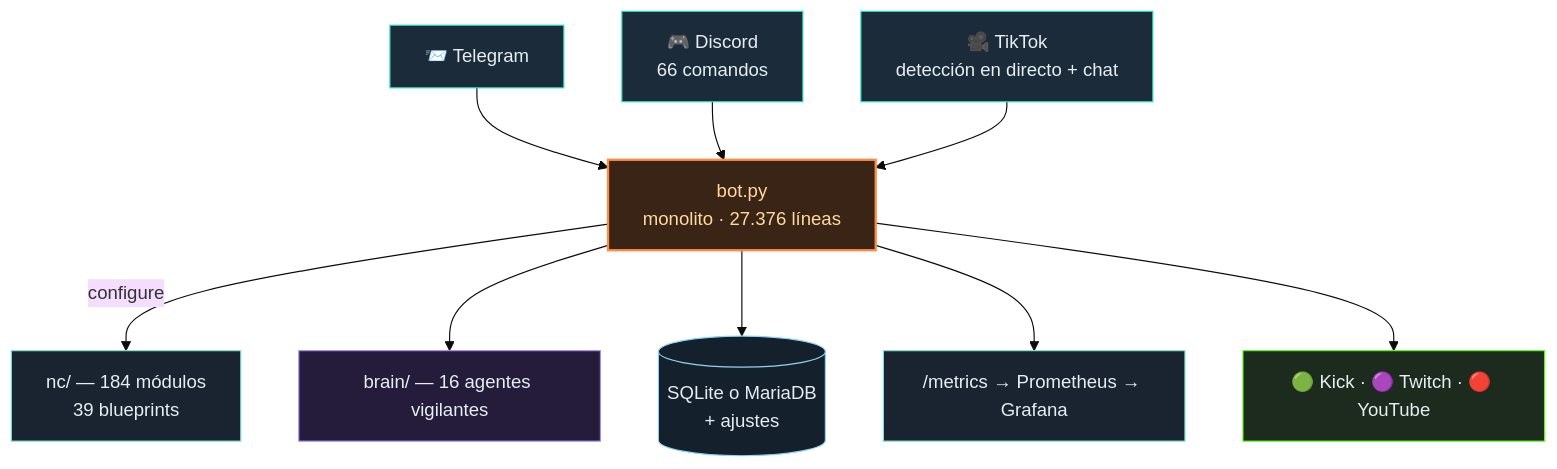
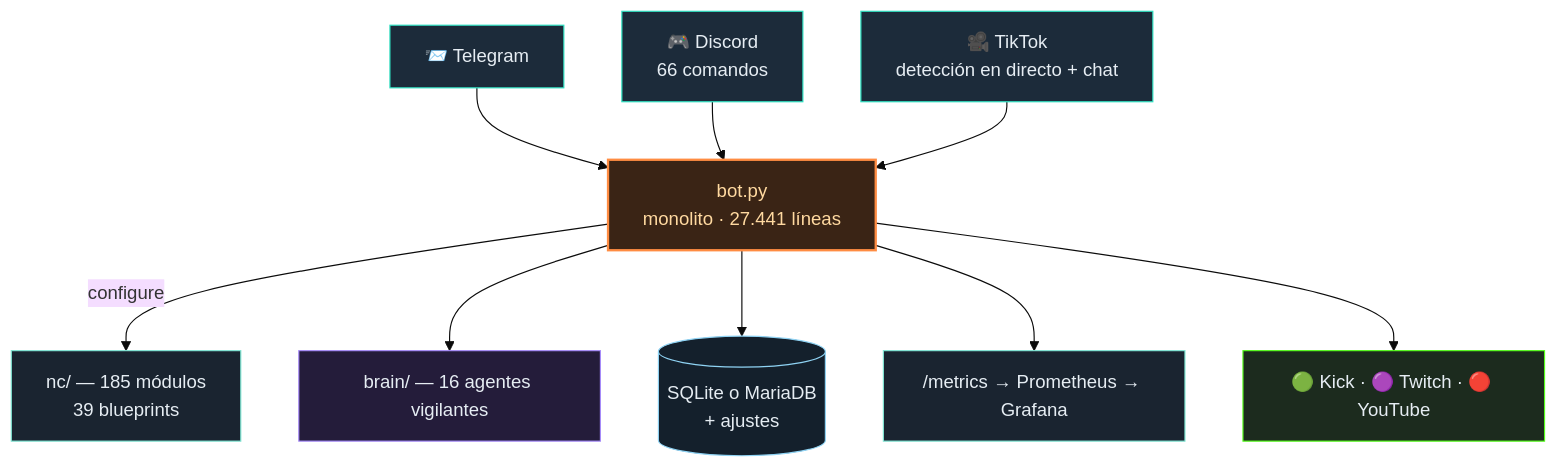
The diagram in README.es.md (itsamemedev/Telegram-Stream-Info-Bot), drawn with Mermaid (base theme) before and after one commit. The commit also changed other lines of this file and 14 other files, not shown here.

````diff
--- a/README.es.md
+++ b/README.es.md
@@ -64,18 +64,18 @@
 ```mermaid
 flowchart TB
     TG["📨 Telegram"]:::ein --> BOT
     DC["🎮 Discord<br/>66 comandos"]:::ein --> BOT
     TT["🎥 TikTok<br/>detección en directo + chat"]:::ein --> BOT
-    BOT["bot.py<br/>monolito · 27.376 líneas"]:::core
-    BOT -->|configure| NC["nc/ — 184 módulos<br/>39 blueprints"]:::lib
+    BOT["bot.py<br/>monolito · 27.441 líneas"]:::core
+    BOT -->|configure| NC["nc/ — 185 módulos<br/>39 blueprints"]:::lib
     BOT --> BRAIN["brain/ — 16 agentes vigilantes"]:::brain
     BOT --> DB[("SQLite o MariaDB<br/>+ ajustes")]:::db
     BOT --> PROM["/metrics → Prometheus → Grafana"]:::lib
     BOT --> OUT["🟢 Kick · 🟣 Twitch · 🔴 YouTube"]:::out
     classDef ein fill:#1c2b3a,stroke:#2de1c2,color:#e6edf3
     classDef core fill:#3a2415,stroke:#ff8c42,stroke-width:2px,color:#ffd9a0
     classDef lib fill:#1a2430,stroke:#7fe7d4,color:#e6edf3
     classDef brain fill:#241c3a,stroke:#a78bfa,color:#e6edf3
     classDef db fill:#14202c,stroke:#8fd3f4,color:#e6edf3
     classDef out fill:#1c2b1e,stroke:#53fc18,color:#e6edf3
 ```
````
